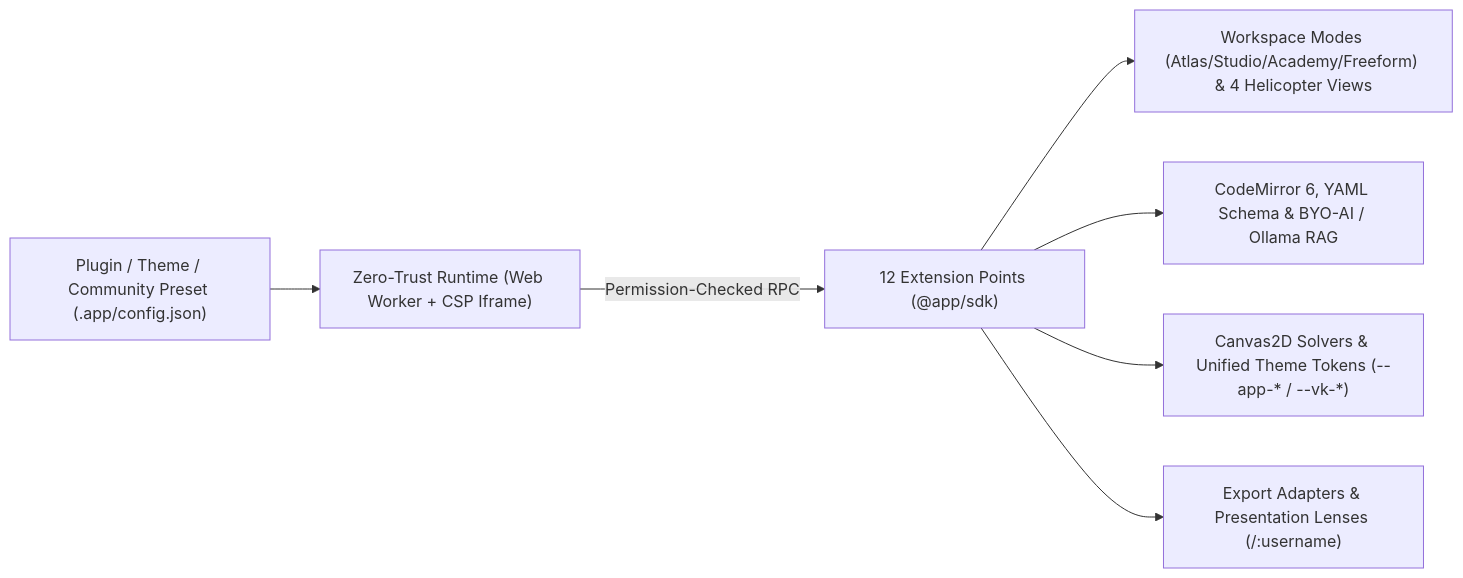
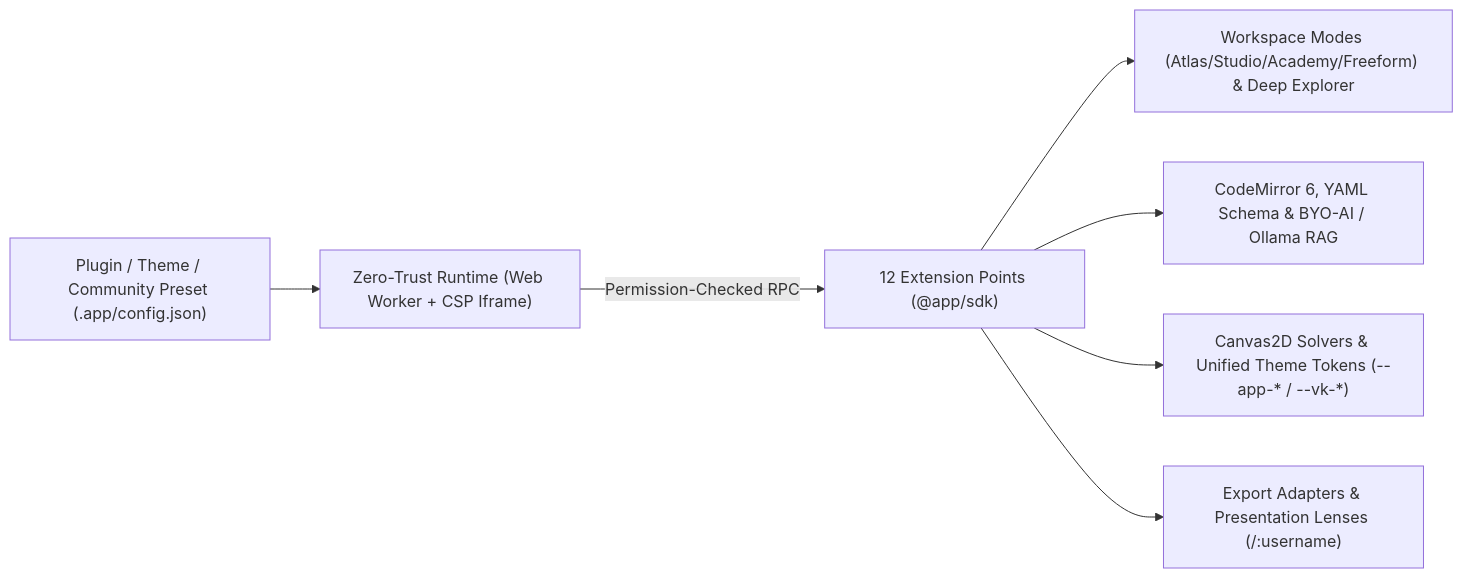
One commit to mjd-code/obmap-meed changed the diagram in docs/07-developers/README.md. Above: the diagram before and after it, drawn with Mermaid. The commit also changed other lines of this file and 87 other files, not shown here.

````diff
--- a/docs/07-developers/README.md
+++ b/docs/07-developers/README.md
@@ -32,9 +32,9 @@
 ```mermaid
 flowchart LR
     DEV["Plugin / Theme / Community Preset (.app/config.json)"] --> SANDBOX["Zero-Trust Runtime (Web Worker + CSP Iframe)"]
     SANDBOX -->|"Permission-Checked RPC"| HOOKS["12 Extension Points (@app/sdk)"]
-    HOOKS --> WORK["Workspace Modes (Atlas/Studio/Academy/Freeform) & 4 Helicopter Views"]
+    HOOKS --> WORK["Workspace Modes (Atlas/Studio/Academy/Freeform) & Deep Explorer"]
     HOOKS --> ED["CodeMirror 6, YAML Schema & BYO-AI / Ollama RAG"]
     HOOKS --> GR["Canvas2D Solvers & Unified Theme Tokens (--app-* / --vk-*)"]
     HOOKS --> EXP["Export Adapters & Presentation Lenses (/:username)"]
 ```
````
